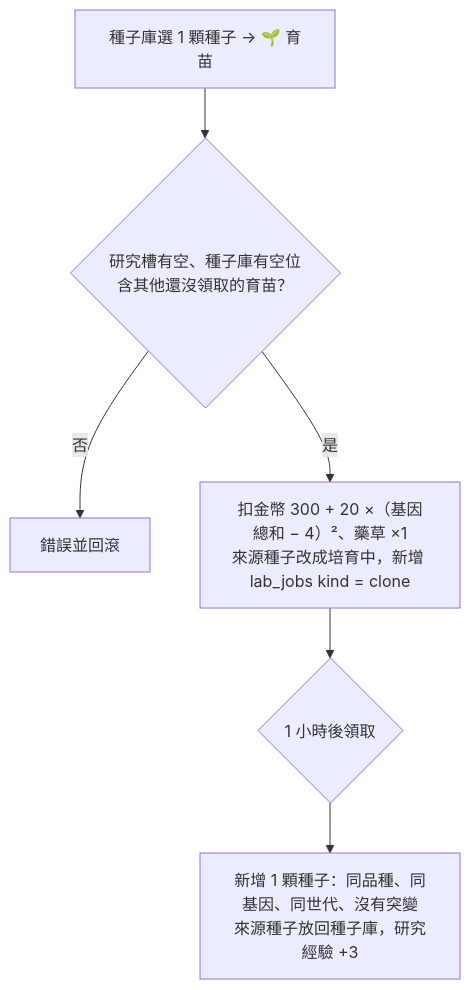
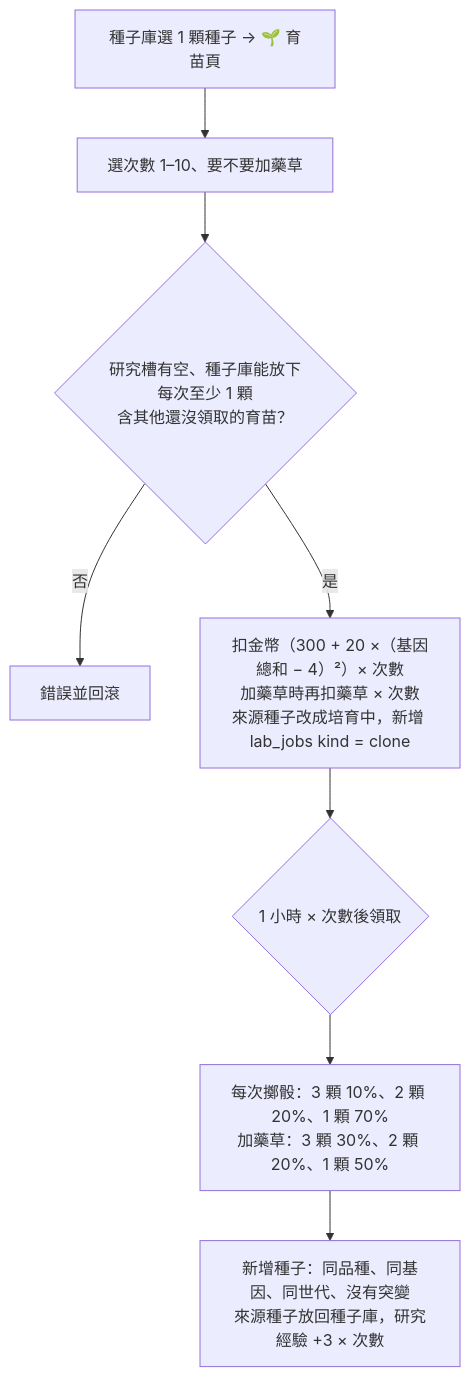
One commit to kurumicute/farmgo changed the sixth of 9 diagrams in 種子實驗室流程圖.md. Above: the diagram before and after it, drawn with Mermaid. The commit also changed other lines of this file and 16 other files, not shown here.

````diff
--- a/種子實驗室流程圖.md
+++ b/種子實驗室流程圖.md
@@ -199,8 +199,10 @@
 ```mermaid
 flowchart TD
-    A[種子庫選 1 顆種子 → 🌱 育苗] --> B{研究槽有空、種子庫有空位<br/>含其他還沒領取的育苗？}
-    B -- 否 --> X[錯誤並回滾]
-    B -- 是 --> C[扣金幣 300 + 20 ×（基因總和 − 4）²、藥草 ×1<br/>來源種子改成培育中，新增 lab_jobs kind = clone]
-    C --> D{1 小時後領取}
-    D --> E[新增 1 顆種子：同品種、同基因、同世代、沒有突變<br/>來源種子放回種子庫，研究經驗 +3]
+    A[種子庫選 1 顆種子 → 🌱 育苗頁] --> B[選次數 1–10、要不要加藥草]
+    B --> C{研究槽有空、種子庫能放下每次至少 1 顆<br/>含其他還沒領取的育苗？}
+    C -- 否 --> X[錯誤並回滾]
+    C -- 是 --> D[扣金幣（300 + 20 ×（基因總和 − 4）²）× 次數<br/>加藥草時再扣藥草 × 次數<br/>來源種子改成培育中，新增 lab_jobs kind = clone]
+    D --> E{1 小時 × 次數後領取}
+    E --> F[每次擲骰：3 顆 10%、2 顆 20%、1 顆 70%<br/>加藥草：3 顆 30%、2 顆 20%、1 顆 50%]
+    F --> G[新增種子：同品種、同基因、同世代、沒有突變<br/>來源種子放回種子庫，研究經驗 +3 × 次數]
 ```
````
